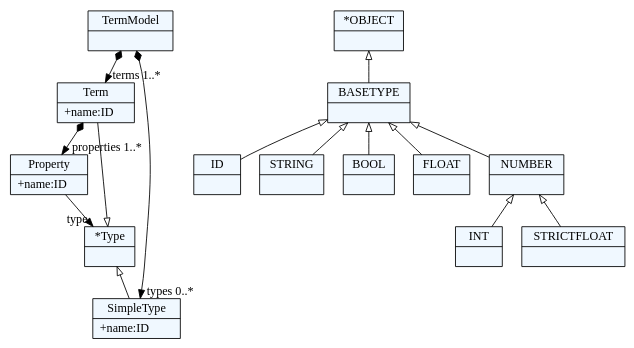
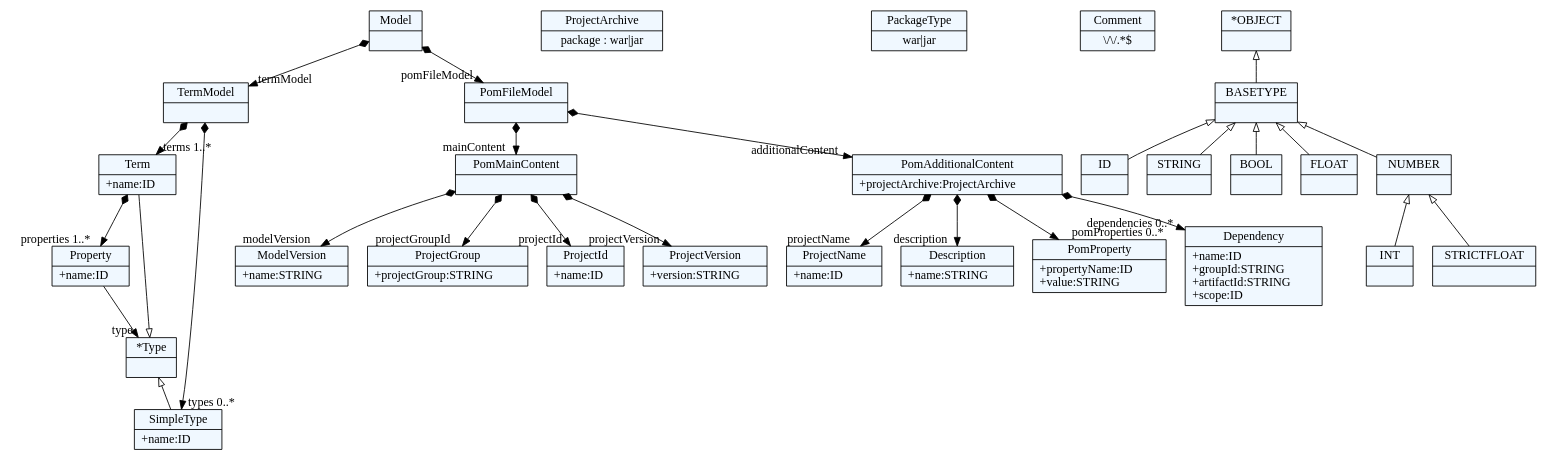
Before and after one commit to jovan996/Projekat-JSD: the diagram in dotexport/term.dot, drawn with Graphviz. The commit also changed 20 other files, not shown here.

Commit message:
Add model and grammar for pom.xml

```diff
--- a/dotexport/term.dot
+++ b/dotexport/term.dot
@@ -1,59 +1,101 @@
 
     digraph textX {
     fontname = "Bitstream Vera Sans"
     fontsize = 8
     node[
         shape=record,
         style=filled,
         fillcolor=aliceblue
     ]
     nodesep = 0.3
     edge[dir=black,arrowtail=empty]
 
 
-2520931796456[ label="{TermModel|}"]
+2209671333560[ label="{Model|}"]
 
-2520931804952[ label="{Term|+name:ID\l}"]
+2209671329784[ label="{TermModel|}"]
 
-2520931807784[ label="{Property|+name:ID\l}"]
+2209671334504[ label="{Term|+name:ID\l}"]
 
-2520931821000[ label="{*Type|}"]
+2209671337336[ label="{Property|+name:ID\l}"]
 
-2520931918232[ label="{SimpleType|+name:ID\l}"]
+2209671340168[ label="{*Type|}"]
 
-2520931912568[ label="{ID|}"]
+2209671323176[ label="{SimpleType|+name:ID\l}"]
 
-2520931916344[ label="{STRING|}"]
+2209671310904[ label="{PomFileModel|}"]
 
-2520931790792[ label="{BOOL|}"]
+2209671344888[ label="{PomMainContent|}"]
 
-2520931812504[ label="{INT|}"]
+2209671360936[ label="{ModelVersion|+name:STRING\l}"]
 
-2520931820056[ label="{FLOAT|}"]
+2209671359992[ label="{ProjectGroup|+projectGroup:STRING\l}"]
 
-2520931815336[ label="{STRICTFLOAT|}"]
+2209671356216[ label="{ProjectId|+name:ID\l}"]
 
-2520931806840[ label="{NUMBER|}"]
+2209671343944[ label="{ProjectVersion|+version:STRING\l}"]
 
-2520931791736[ label="{BASETYPE|}"]
+2209671313736[ label="{PomAdditionalContent|+projectArchive:ProjectArchive\l}"]
 
-2520931821944[ label="{*OBJECT|}"]
+2209671342056[ label="{ProjectName|+name:ID\l}"]
+
+2209671318456[ label="{Description|+name:STRING\l}"]
+
+2209671350552[ label="{ProjectArchive|package : war\|jar}"]
+
+2209671351496[ label="{PackageType|war\|jar}"]
+
+2209671362824[ label="{PomProperty|+propertyName:ID\l+value:STRING\l}"]
+
+2209671370376[ label="{Dependency|+name:ID\l+groupId:STRING\l+artifactId:STRING\l+scope:ID\l}"]
+
+2209671371320[ label="{Comment|\\/\\/.*$}"]
+
+2209671326952[ label="{ID|}"]
+
+2209671324120[ label="{STRING|}"]
+
+2209671321288[ label="{BOOL|}"]
+
+2209671319400[ label="{INT|}"]
+
+2209671325064[ label="{FLOAT|}"]
+
+2209671326008[ label="{STRICTFLOAT|}"]
+
+2209671314680[ label="{NUMBER|}"]
+
+2209671336392[ label="{BASETYPE|}"]
+
+2209671330728[ label="{*OBJECT|}"]
 
 
 
-2520931796456 -> 2520931918232[arrowtail=diamond, dir=both, headlabel="types 0..*"]
-2520931796456 -> 2520931804952[arrowtail=diamond, dir=both, headlabel="terms 1..*"]
-2520931804952 -> 2520931807784[arrowtail=diamond, dir=both, headlabel="properties 1..*"]
-2520931807784 -> 2520931821000[headlabel="type "]
-2520931821000 -> 2520931918232 [dir=back]
-2520931821000 -> 2520931804952 [dir=back]
-2520931806840 -> 2520931815336 [dir=back]
-2520931806840 -> 2520931812504 [dir=back]
-2520931791736 -> 2520931806840 [dir=back]
-2520931791736 -> 2520931820056 [dir=back]
-2520931791736 -> 2520931790792 [dir=back]
-2520931791736 -> 2520931912568 [dir=back]
-2520931791736 -> 2520931916344 [dir=back]
-2520931821944 -> 2520931791736 [dir=back]
+2209671333560 -> 2209671329784[arrowtail=diamond, dir=both, headlabel="termModel "]
+2209671333560 -> 2209671310904[arrowtail=diamond, dir=both, headlabel="pomFileModel "]
+2209671329784 -> 2209671323176[arrowtail=diamond, dir=both, headlabel="types 0..*"]
+2209671329784 -> 2209671334504[arrowtail=diamond, dir=both, headlabel="terms 1..*"]
+2209671334504 -> 2209671337336[arrowtail=diamond, dir=both, headlabel="properties 1..*"]
+2209671337336 -> 2209671340168[headlabel="type "]
+2209671340168 -> 2209671323176 [dir=back]
+2209671340168 -> 2209671334504 [dir=back]
+2209671310904 -> 2209671344888[arrowtail=diamond, dir=both, headlabel="mainContent "]
+2209671310904 -> 2209671313736[arrowtail=diamond, dir=both, headlabel="additionalContent "]
+2209671344888 -> 2209671360936[arrowtail=diamond, dir=both, headlabel="modelVersion "]
+2209671344888 -> 2209671359992[arrowtail=diamond, dir=both, headlabel="projectGroupId "]
+2209671344888 -> 2209671356216[arrowtail=diamond, dir=both, headlabel="projectId "]
+2209671344888 -> 2209671343944[arrowtail=diamond, dir=both, headlabel="projectVersion "]
+2209671313736 -> 2209671342056[arrowtail=diamond, dir=both, headlabel="projectName "]
+2209671313736 -> 2209671318456[arrowtail=diamond, dir=both, headlabel="description "]
+2209671313736 -> 2209671362824[arrowtail=diamond, dir=both, headlabel="pomProperties 0..*"]
+2209671313736 -> 2209671370376[arrowtail=diamond, dir=both, headlabel="dependencies 0..*"]
+2209671314680 -> 2209671326008 [dir=back]
+2209671314680 -> 2209671319400 [dir=back]
+2209671336392 -> 2209671314680 [dir=back]
+2209671336392 -> 2209671325064 [dir=back]
+2209671336392 -> 2209671321288 [dir=back]
+2209671336392 -> 2209671326952 [dir=back]
+2209671336392 -> 2209671324120 [dir=back]
+2209671330728 -> 2209671336392 [dir=back]
 
 }
```
